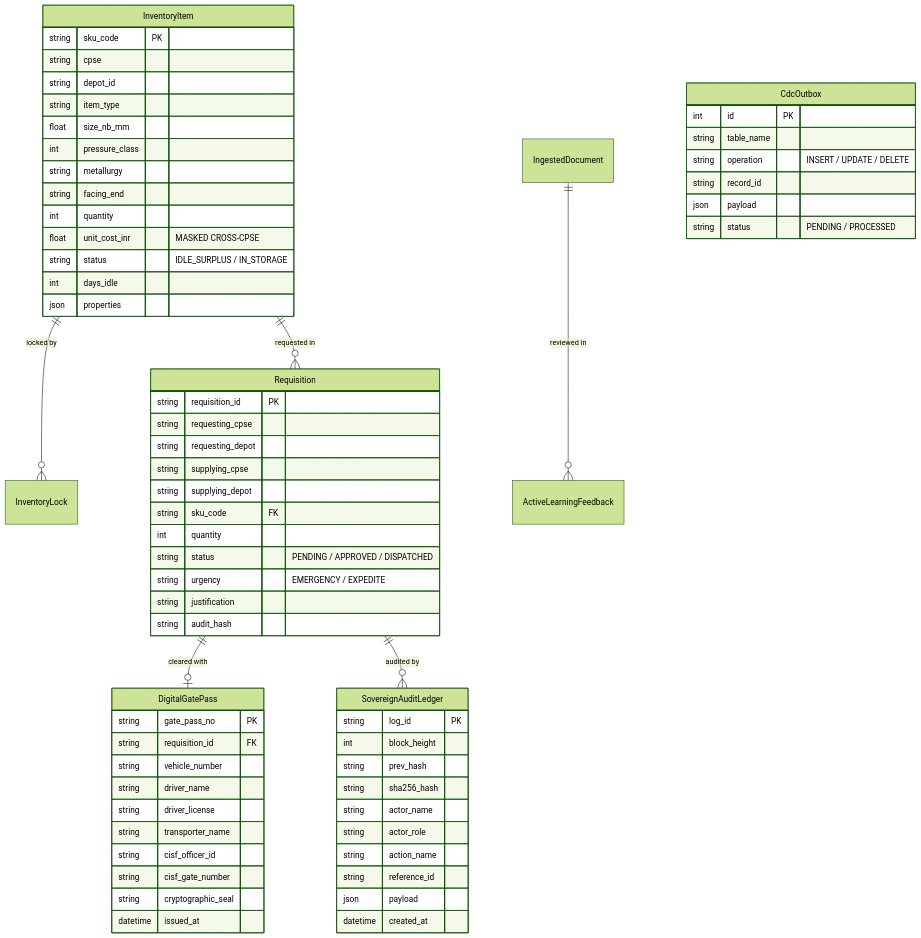
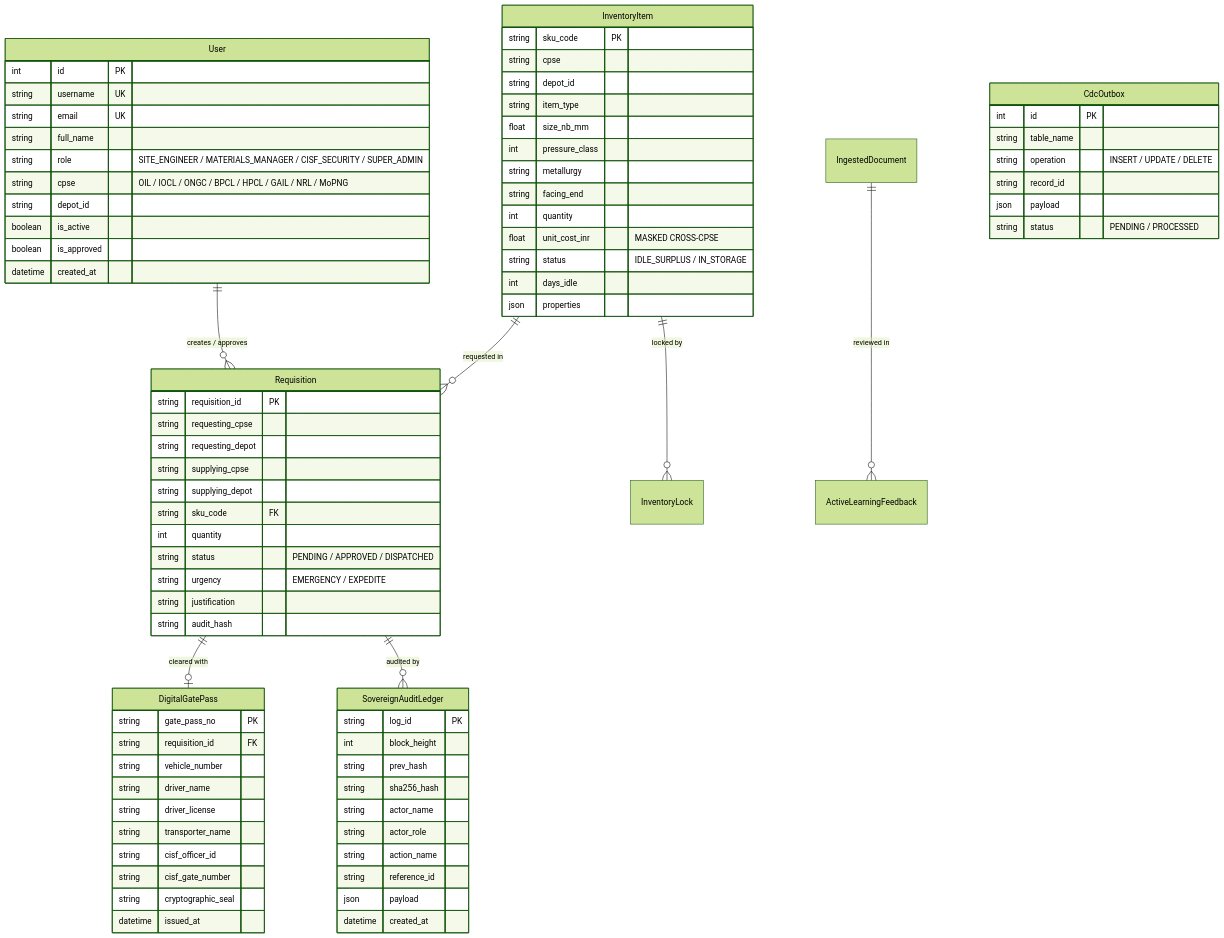
Before and after one commit to Gesicht436/Samanvay-AI: the first of 4 diagrams in architecture.md, drawn with Mermaid (forest theme). The commit also changed other lines of this file and 2 other files, not shown here.

Commit message:
docs(spec): document multi-tenant isolation, 7-CPSE persona hub, and clean docker deployment

````diff
--- a/architecture.md
+++ b/architecture.md
@@ -390,10 +420,24 @@
 ```mermaid
 erDiagram
+    User ||--o{ Requisition : "creates / approves"
     InventoryItem ||--o{ InventoryLock : "locked by"
     InventoryItem ||--o{ Requisition : "requested in"
     Requisition ||--o| DigitalGatePass : "cleared with"
     Requisition ||--o{ SovereignAuditLedger : "audited by"
     IngestedDocument ||--o{ ActiveLearningFeedback : "reviewed in"
+
+    User {
+        int id PK
+        string username UK
+        string email UK
+        string full_name
+        string role "SITE_ENGINEER / MATERIALS_MANAGER / CISF_SECURITY / SUPER_ADMIN"
+        string cpse "OIL / IOCL / ONGC / BPCL / HPCL / GAIL / NRL / MoPNG"
+        string depot_id
+        boolean is_active
+        boolean is_approved
+        datetime created_at
+    }
 
     InventoryItem {
         string sku_code PK
````
